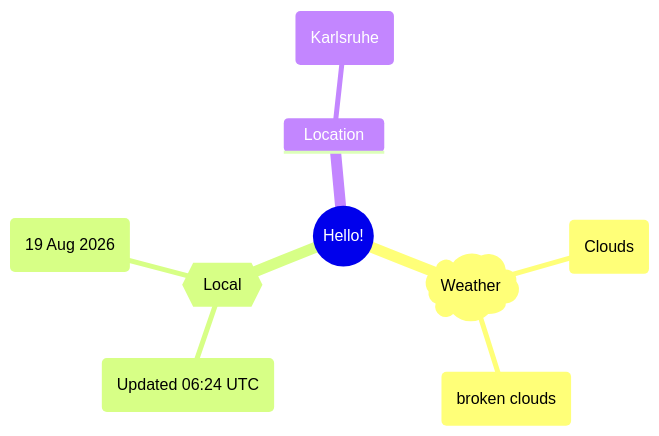
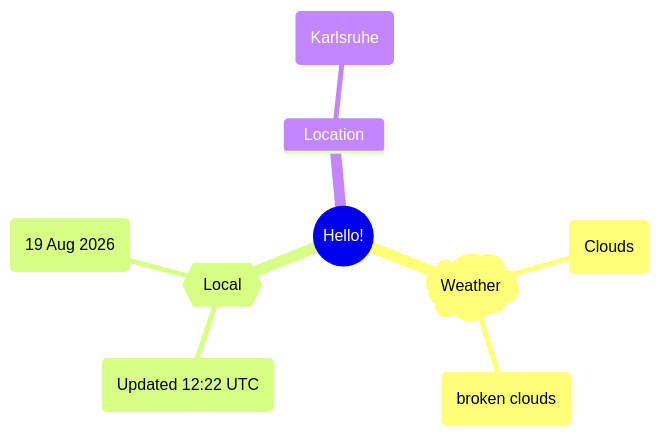
One commit to Xosrov/Xosrov changed the first of 2 diagrams in README.md. Above: the diagram before and after it, drawn with Mermaid.

Commit message:
[bot] updated images

````diff
--- a/README.md
+++ b/README.md
@@ -3,12 +3,12 @@
 ```mermaid
 mindmap
   root((Hello!))
     )Weather(
         (Clouds)
         (broken clouds)
     {{Local}}
-        (Updated 06:24 UTC)
+        (Updated 12:22 UTC)
         (19 Aug 2026)
     Location
         (Karlsruhe)
 ```
````
